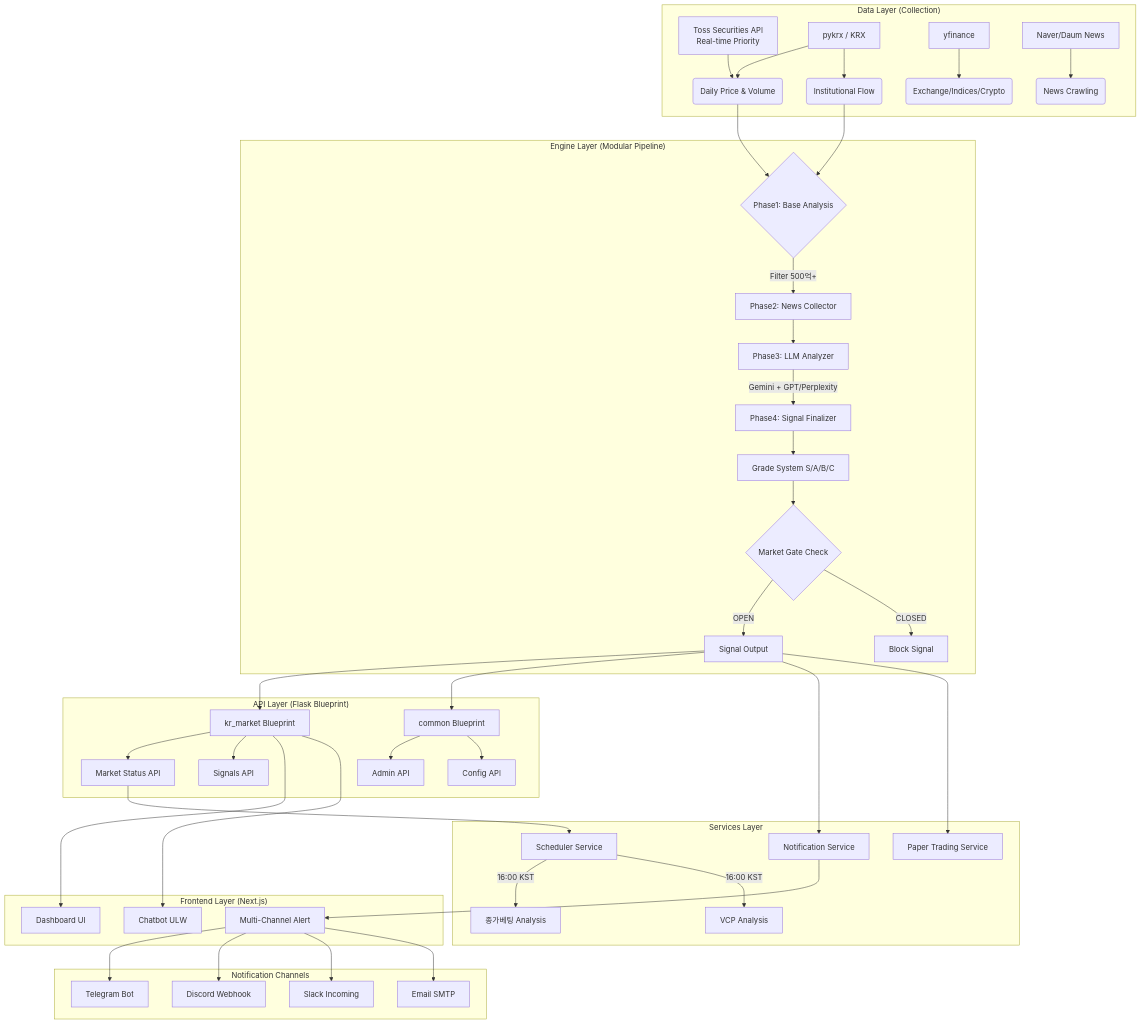
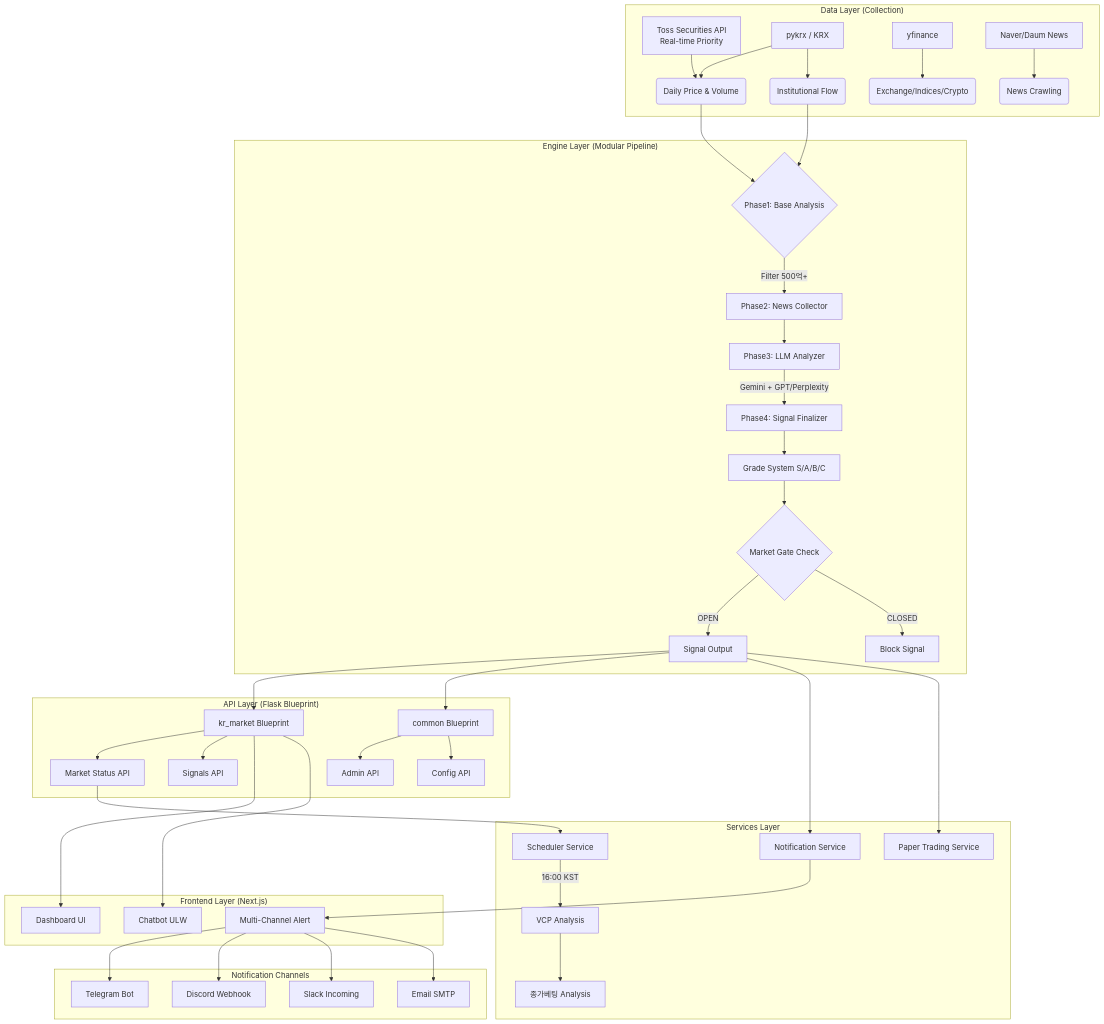
One commit to freelife1191/closing-bet-demo changed the first of 6 diagrams in README.md. Above: the diagram before and after it, drawn with Mermaid. The commit also changed other lines of this file, not shown here.

````diff
--- a/README.md
+++ b/README.md
@@ -145,52 +119,52 @@
 ```mermaid
 graph TD
     subgraph "Data Layer (Collection)"
         A[Toss Securities API<br>Real-time Priority] --> B(Daily Price & Volume)
         C[pykrx / KRX] --> B
         C --> D(Institutional Flow)
         E[yfinance] --> F(Exchange/Indices/Crypto)
         G[Naver/Daum News] --> H(News Crawling)
     end
 
     subgraph "Engine Layer (Modular Pipeline)"
         B & D --> I{Phase1: Base Analysis}
         I -->|Filter 500억+| J[Phase2: News Collector]
         J --> K[Phase3: LLM Analyzer]
         K -->|Gemini + GPT/Perplexity| L[Phase4: Signal Finalizer]
         L --> M[Grade System S/A/B/C]
 
         M --> N{Market Gate Check}
         N -->|OPEN| O[Signal Output]
         N -->|CLOSED| P[Block Signal]
     end
 
     subgraph "API Layer (Flask Blueprint)"
         O --> Q[kr_market Blueprint]
         O --> R[common Blueprint]
         Q --> S[Market Status API]
         Q --> T[Signals API]
         R --> U[Admin API]
         R --> V[Config API]
     end
 
     subgraph "Services Layer"
         S --> W[Scheduler Service]
         O --> X[Notification Service]
         O --> Y[Paper Trading Service]
-        W -->|16:00 KST| Z[종가베팅 Analysis]
         W -->|16:00 KST| AA[VCP Analysis]
+        AA --> Z[종가베팅 Analysis]
     end
 
     subgraph "Frontend Layer (Next.js)"
         Q --> AB[Dashboard UI]
         Q --> AC[Chatbot ULW]
         X --> AD[Multi-Channel Alert]
     end
 
     subgraph "Notification Channels"
         AD --> AE[Telegram Bot]
         AD --> AF[Discord Webhook]
         AD --> AG[Slack Incoming]
         AD --> AH[Email SMTP]
     end
 ```
````
